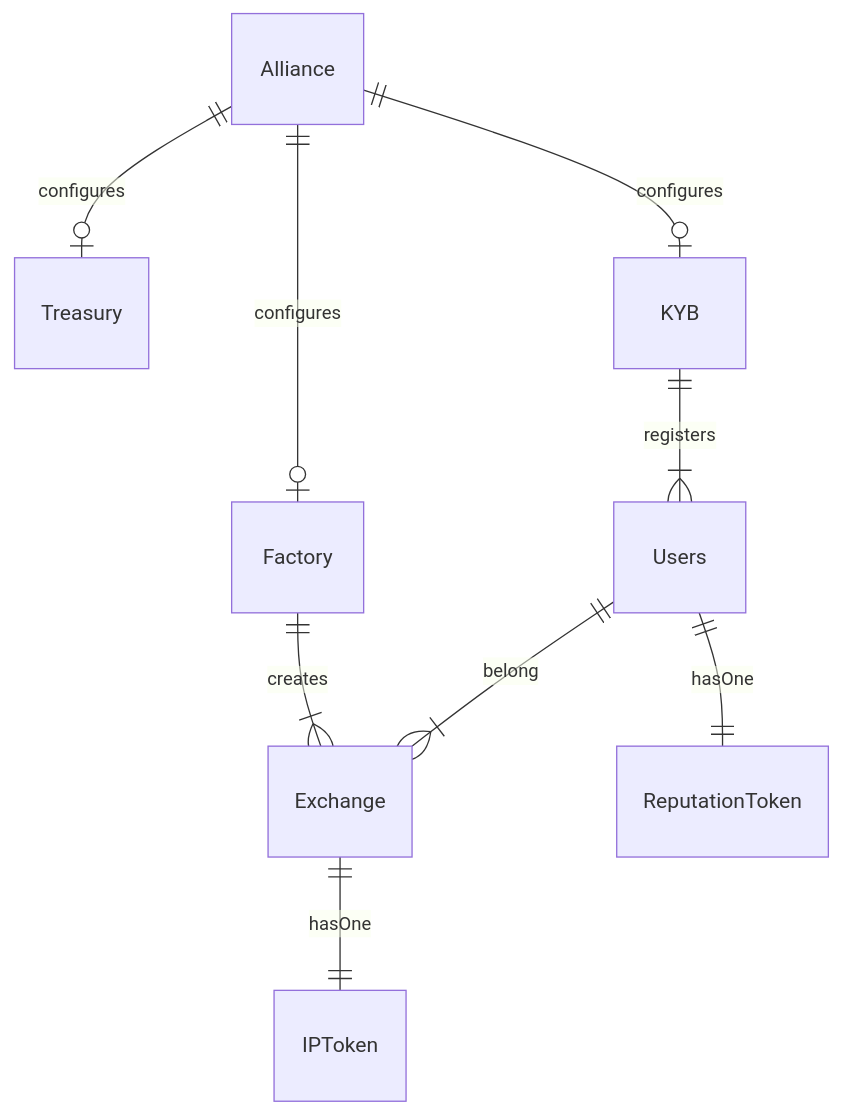
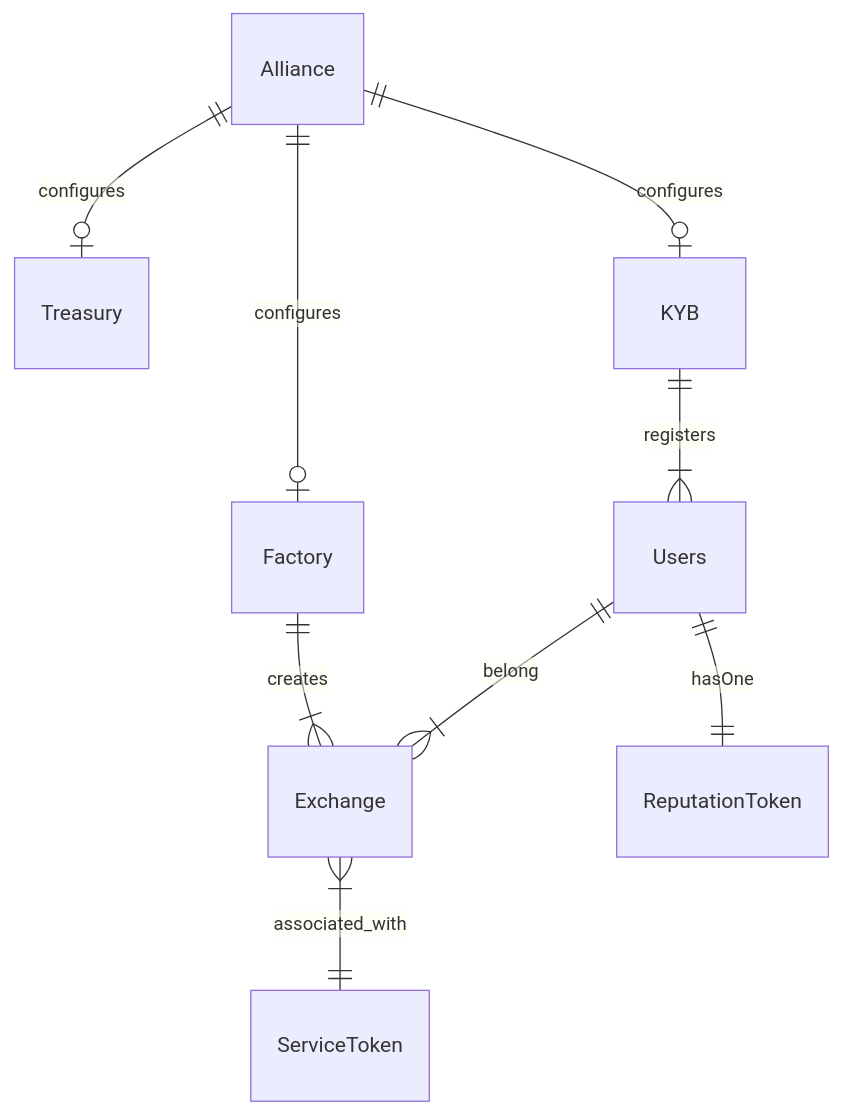
The second of 3 diagrams in README.md (synbionet/fair-exchange), drawn with Mermaid before and after one commit. The commit also changed other lines of this file and 1 other file, not shown here.

Commit message:
doc, script

````diff
--- a/README.md
+++ b/README.md
@@ -145,11 +145,11 @@
 ```mermaid
 erDiagram
     Alliance ||--O| Factory: configures
     Alliance ||--O| Treasury: configures
     Alliance ||--O| KYB: configures
     Factory ||--|{ Exchange: creates
     KYB ||--|{ Users: registers
     Users ||--|{ Exchange: belong
     Users ||--|| ReputationToken: hasOne
-    Exchange ||--|| IPToken: hasOne
+    Exchange }|--|| ServiceToken: associated_with
 ``` 
````
